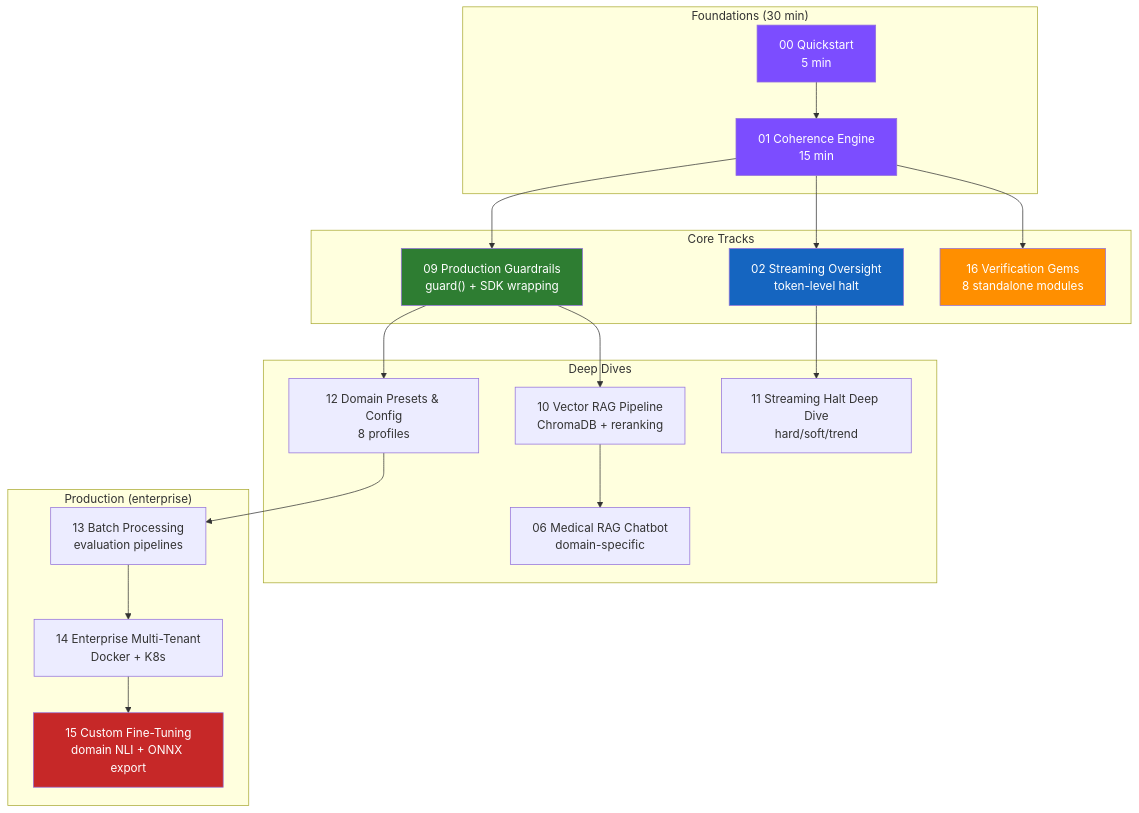
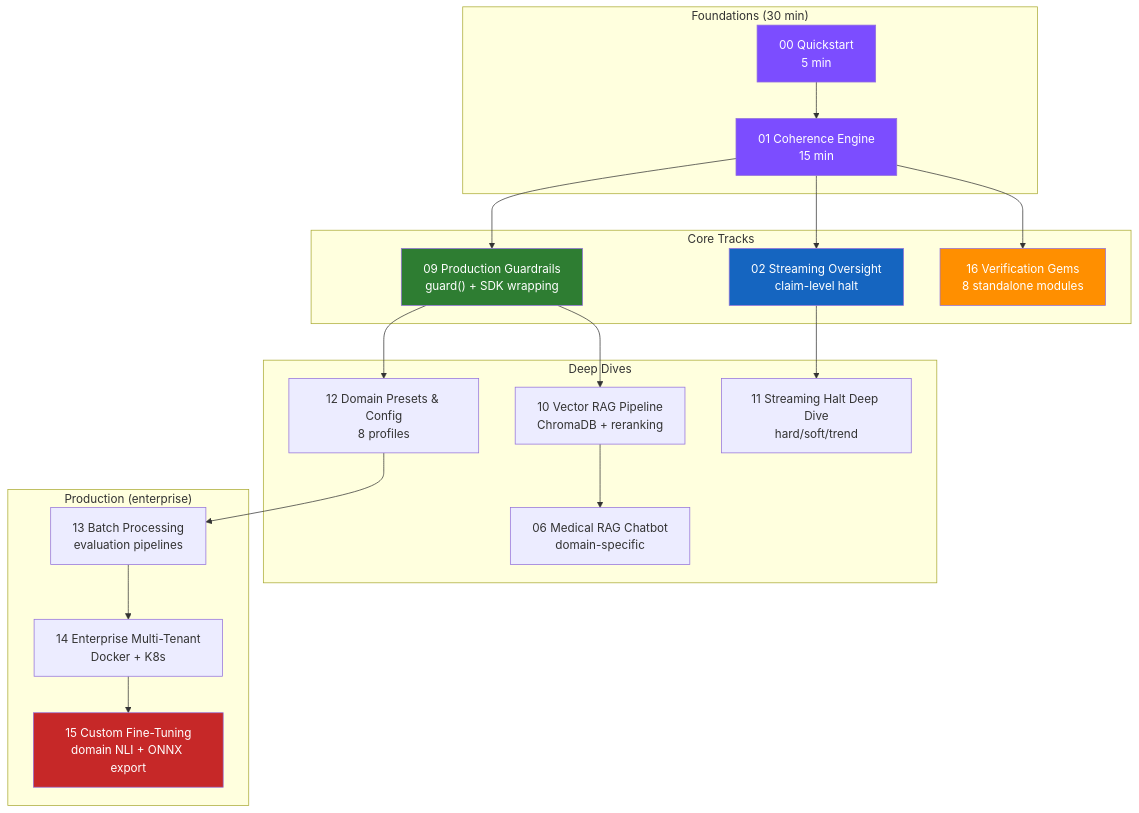
Before and after one commit to anulum/director-ai: the diagram in docs-site/tutorials.md, drawn with Mermaid. The commit also changed 20 other files, not shown here.

First line of the commit message:
docs: correct streaming-halt wording from token-level to claim-level

````diff
--- a/docs-site/tutorials.md
+++ b/docs-site/tutorials.md
@@ -71,32 +71,32 @@
 ```mermaid
 graph TD
     subgraph "Foundations (30 min)"
         A["00 Quickstart<br/>5 min"] --> B["01 Coherence Engine<br/>15 min"]
     end
 
     subgraph "Core Tracks"
         B --> C["09 Production Guardrails<br/>guard() + SDK wrapping"]
-        B --> D["02 Streaming Oversight<br/>token-level halt"]
+        B --> D["02 Streaming Oversight<br/>claim-level halt"]
         B --> V["16 Verification Gems<br/>8 standalone modules"]
     end
 
     subgraph "Deep Dives"
         C --> E["10 Vector RAG Pipeline<br/>ChromaDB + reranking"]
         C --> F["12 Domain Presets & Config<br/>8 profiles"]
         D --> G["11 Streaming Halt Deep Dive<br/>hard/soft/trend"]
         E --> H["06 Medical RAG Chatbot<br/>domain-specific"]
     end
 
     subgraph "Production (enterprise)"
         F --> I["13 Batch Processing<br/>evaluation pipelines"]
         I --> J["14 Enterprise Multi-Tenant<br/>Docker + K8s"]
         J --> K["15 Custom Fine-Tuning<br/>domain NLI + ONNX export"]
     end
 
     style A fill:#7c4dff,color:#fff
     style B fill:#7c4dff,color:#fff
     style C fill:#2e7d32,color:#fff
     style D fill:#1565c0,color:#fff
     style V fill:#ff8f00,color:#fff
     style K fill:#c62828,color:#fff
 ```
````
